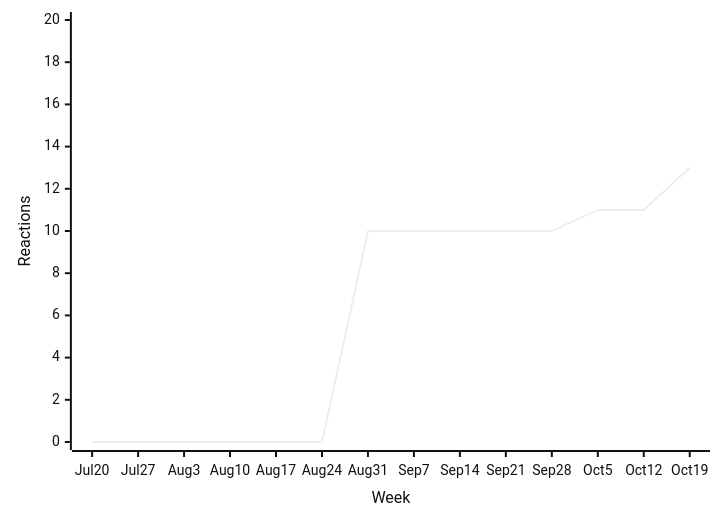
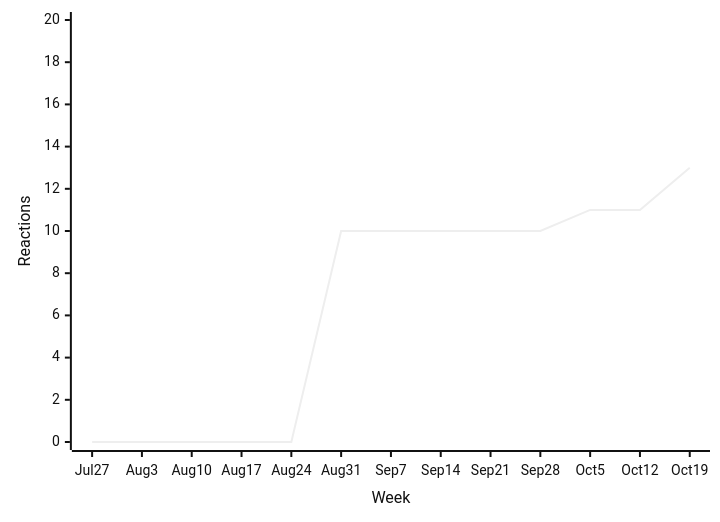
One commit to loic-sharma/github-insights changed diagram 12 of 39 in README.md. Above: the diagram before and after it, drawn with Mermaid (neutral theme). The commit also changed other lines of this file and 3 other files, not shown here.

````diff
--- a/README.md
+++ b/README.md
@@ -528,6 +511,6 @@
   ```mermaid
   xychart-beta
-    x-axis "Week" [Jul 20, Jul 27, Aug 3, Aug 10, Aug 17, Aug 24, Aug 31, Sep 7, Sep 14, Sep 21, Sep 28, Oct 5, Oct 12, Oct 19]
+    x-axis "Week" [Jul 27, Aug 3, Aug 10, Aug 17, Aug 24, Aug 31, Sep 7, Sep 14, Sep 21, Sep 28, Oct 5, Oct 12, Oct 19]
     y-axis "Reactions" 0 --> 20
-    line [0, 0, 0, 0, 0, 0, 10, 10, 10, 10, 10, 11, 11, 13]
+    line [0, 0, 0, 0, 0, 10, 10, 10, 10, 10, 11, 11, 13]
   ```
````
